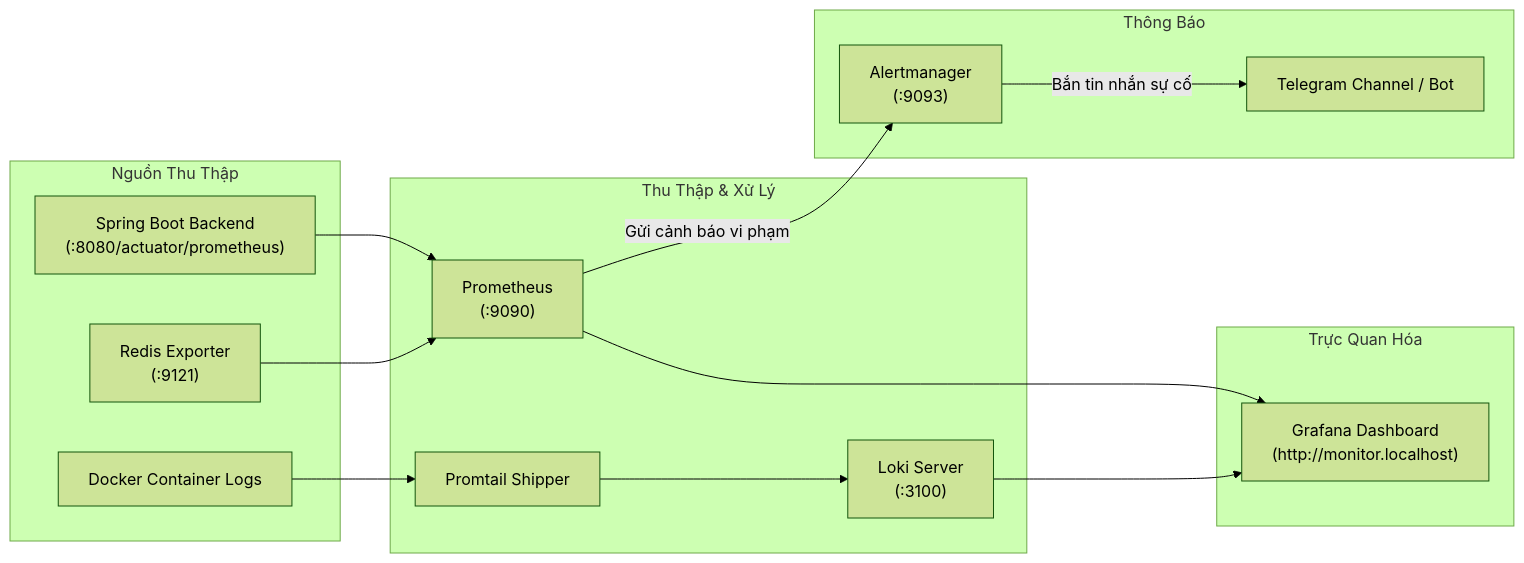
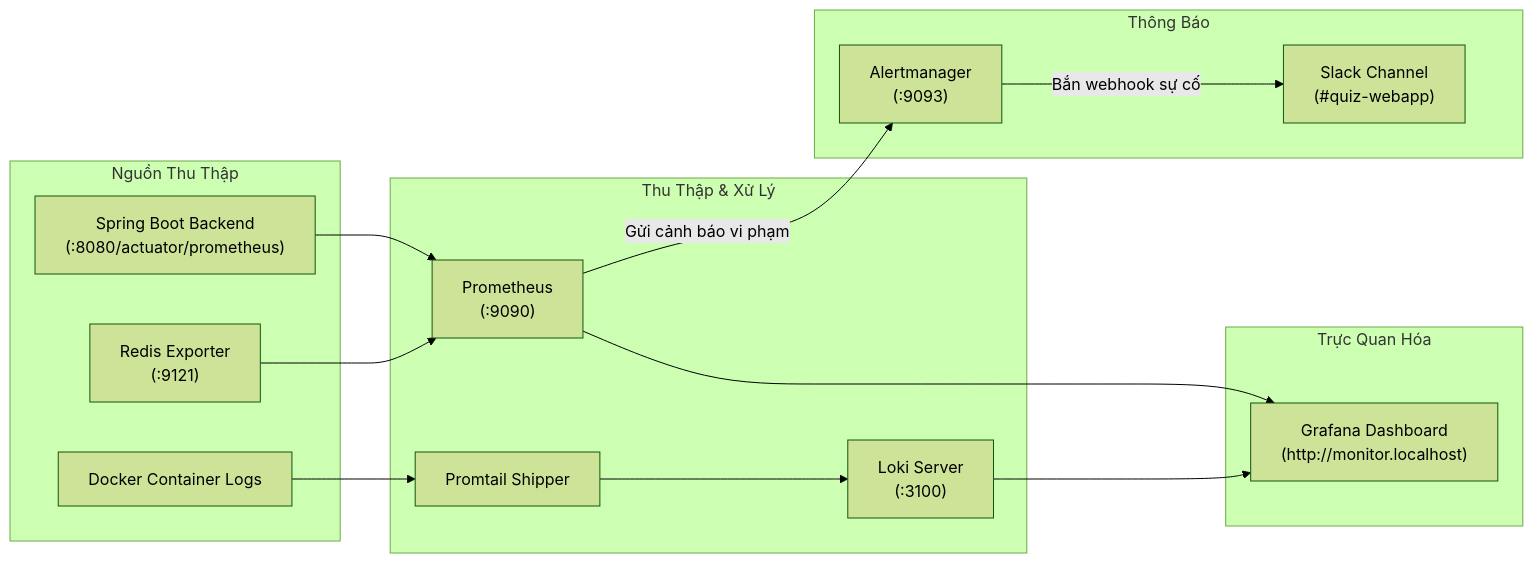
Before and after one commit to daidoan1608/quiz: the diagram in docs/monitoring.md, drawn with Mermaid (forest theme). The commit also changed other lines of this file and 12 other files, not shown here.

Commit message:
feat: integrate Slack ChatOps bot and update monitoring configurations

````diff
--- a/docs/monitoring.md
+++ b/docs/monitoring.md
@@ -11,33 +11,33 @@
 ```mermaid
 flowchart LR
     subgraph DataSources["Nguồn Thu Thập"]
         BE["Spring Boot Backend\n(:8080/actuator/prometheus)"]
         RE["Redis Exporter\n(:9121)"]
         Logs["Docker Container Logs"]
     end
 
     subgraph Collection["Thu Thập & Xử Lý"]
         Prom["Prometheus\n(:9090)"]
         PT["Promtail Shipper"]
         Loki["Loki Server\n(:3100)"]
     end
 
     subgraph Notification["Thông Báo"]
         AM["Alertmanager\n(:9093)"]
-        Tele["Telegram Channel / Bot"]
+        Slack["Slack Channel\n(#quiz-webapp)"]
     end
 
     subgraph Visualization["Trực Quan Hóa"]
         Graf["Grafana Dashboard\n(http://monitor.localhost)"]
     end
 
     BE --> Prom
     RE --> Prom
     Logs --> PT --> Loki
 
     Prom -->|Gửi cảnh báo vi phạm| AM
-    AM -->|Bắn tin nhắn sự cố| Tele
+    AM -->|Bắn webhook sự cố| Slack
 
     Prom --> Graf
     Loki --> Graf
 ```
````
